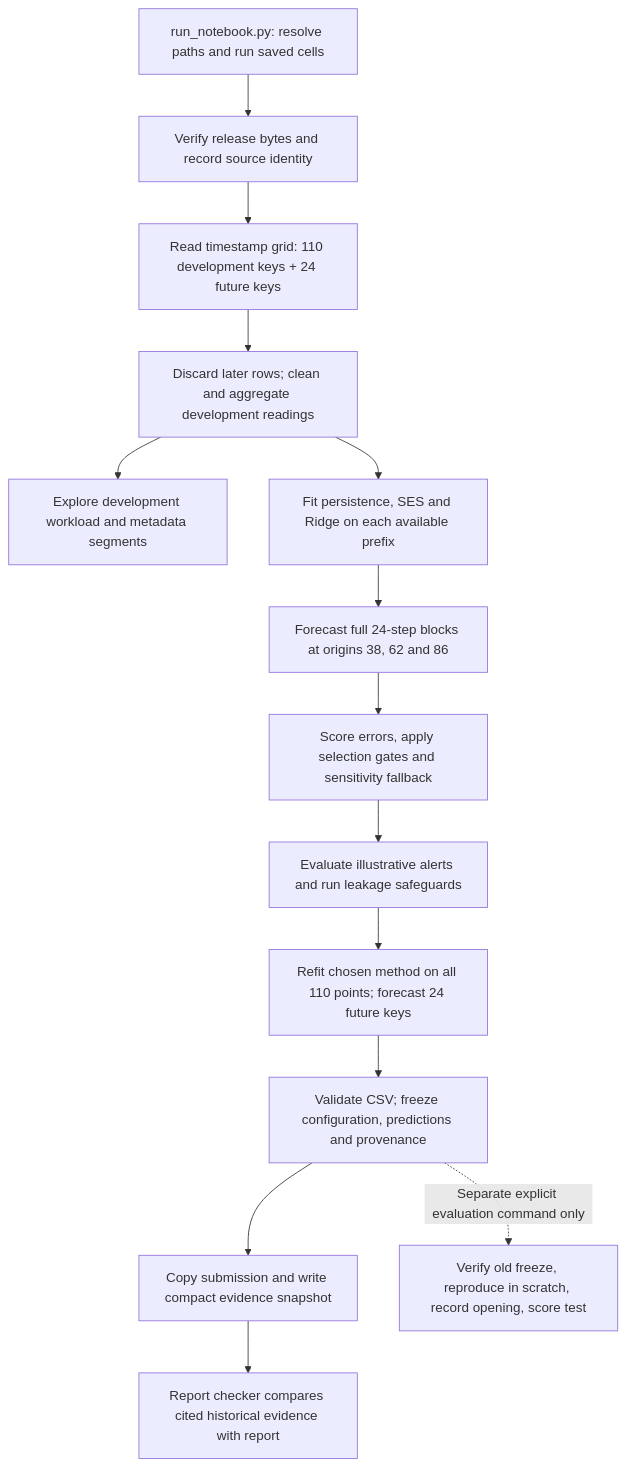
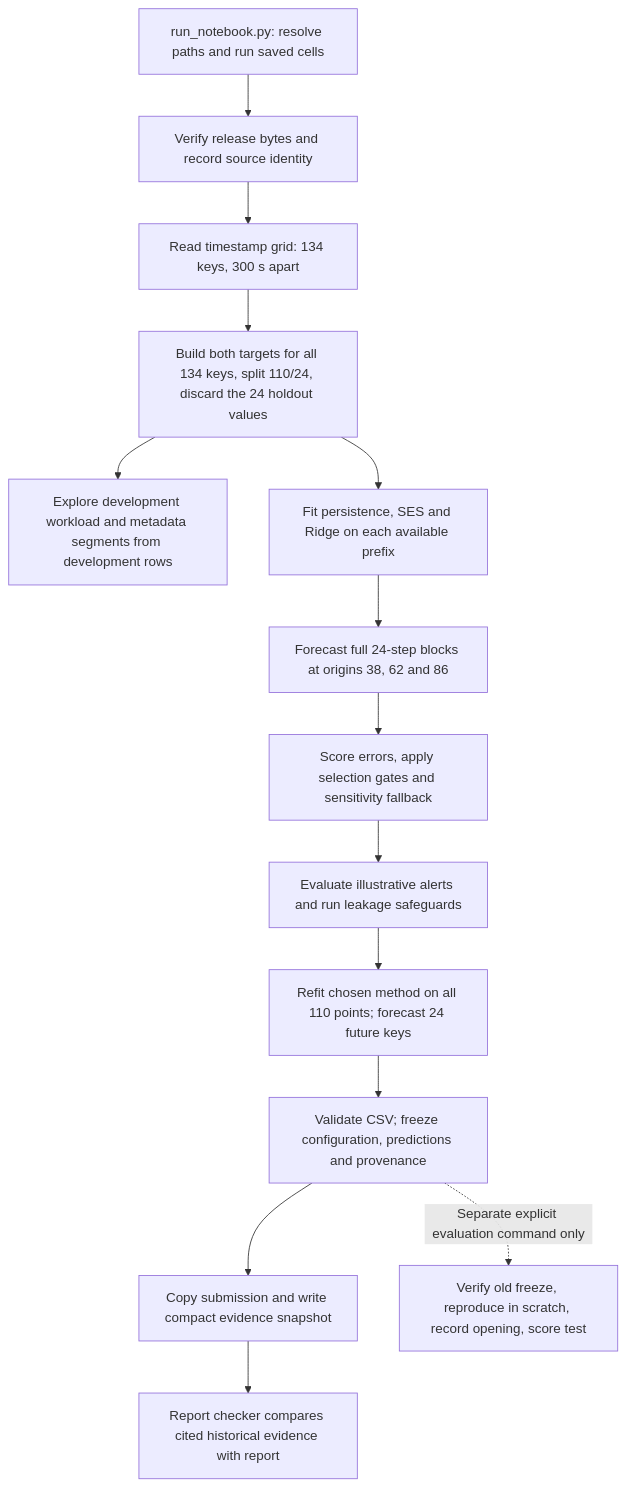
The diagram in CODE_WALKTHROUGH.md (azharyy/amazonvmforecasting), drawn with Mermaid before and after one commit. The commit also changed other lines of this file and 8 other files, not shown here.

````diff
--- a/CODE_WALKTHROUGH.md
+++ b/CODE_WALKTHROUGH.md
@@ -46,16 +46,16 @@
 ```mermaid
 flowchart TD
     A[run_notebook.py: resolve paths and run saved cells] --> B[Verify release bytes and record source identity]
-    B --> C[Read timestamp grid: 110 development keys + 24 future keys]
-    C --> D[Discard later rows; clean and aggregate development readings]
-    D --> E[Explore development workload and metadata segments]
+    B --> C[Read timestamp grid: 134 keys, 300 s apart]
+    C --> D[Build both targets for all 134 keys, split 110/24, discard the 24 holdout values]
+    D --> E[Explore development workload and metadata segments from development rows]
     D --> F[Fit persistence, SES and Ridge on each available prefix]
     F --> G[Forecast full 24-step blocks at origins 38, 62 and 86]
     G --> H[Score errors, apply selection gates and sensitivity fallback]
     H --> I[Evaluate illustrative alerts and run leakage safeguards]
     I --> J[Refit chosen method on all 110 points; forecast 24 future keys]
     J --> K[Validate CSV; freeze configuration, predictions and provenance]
     K --> L[Copy submission and write compact evidence snapshot]
     L --> M[Report checker compares cited historical evidence with report]
     K -. Separate explicit evaluation command only .-> N[Verify old freeze, reproduce in scratch, record opening, score test]
 ```
````
